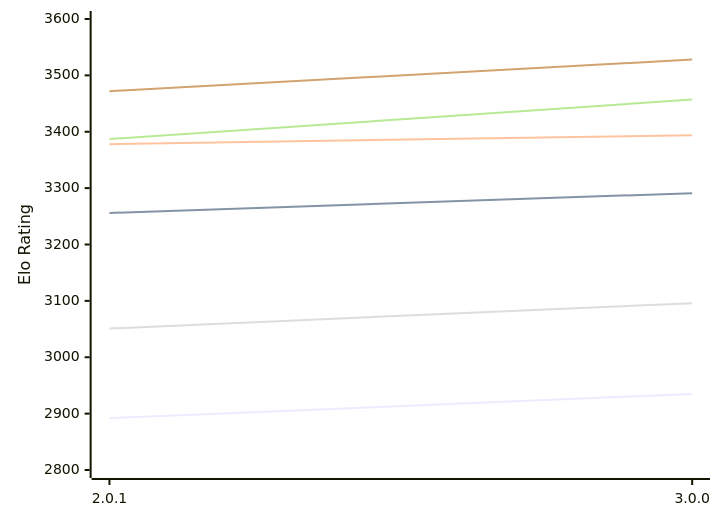
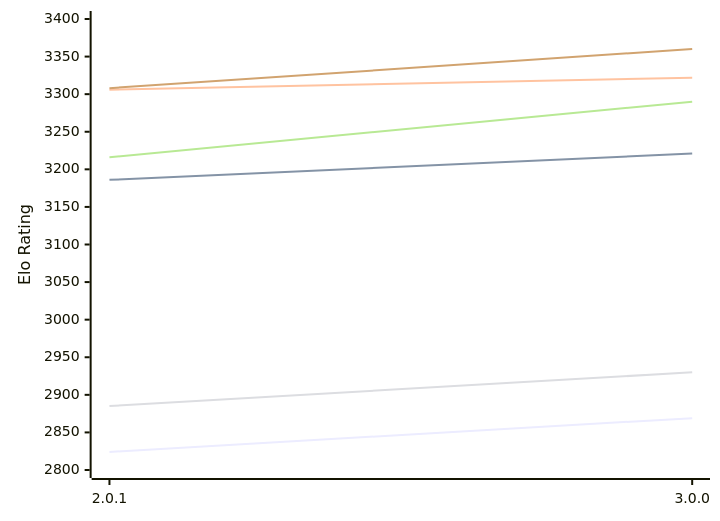
One commit to computer-chess-index/cci changed the first of 2 diagrams in engines/Grail.md. Above: the diagram before and after it, drawn with Mermaid. The commit also changed other lines of this file, not shown here.

Commit message:
Update CCI Ratings (ELO VLTC) - 2026-11-13

````diff
--- a/engines/Grail.md
+++ b/engines/Grail.md
@@ -56,12 +56,12 @@
 ```mermaid
 %%{init: {"theme":"base","themeVariables":{"seriesColors:['#a3a3a3','#222221','#faa371']}}}%%
 xychart-beta
   x-axis ["2.0.1", "3.0.0"]
-  y-axis "Elo Rating" 2800 --> 3600
-  line "E1: STC (8.0+0.08s)" [2892, 2935]
-  line "E1: LTC (60.0+0.60s)" [3256, 3291]
-  line "E1: VLTC (2m24s+1.12s)" [3378, 3394]
-  line "P1: STC (8.0+0.08s)" [3051, 3096]
-  line "P1: LTC (60.0+0.60s)" [3387, 3457]
-  line "P1: VLTC (2m24s+1.12s)" [3472, 3528]
+  y-axis "Elo Rating" 2800 --> 3400
+  line "E1: STC (8.0+0.08s)" [2824, 2869]
+  line "E1: LTC (60.0+0.60s)" [3186, 3221]
+  line "E1: VLTC (2m24s+1.12s)" [3306, 3322]
+  line "P1: STC (8.0+0.08s)" [2885, 2930]
+  line "P1: LTC (60.0+0.60s)" [3216, 3290]
+  line "P1: VLTC (2m24s+1.12s)" [3308, 3360]
 ```
````
